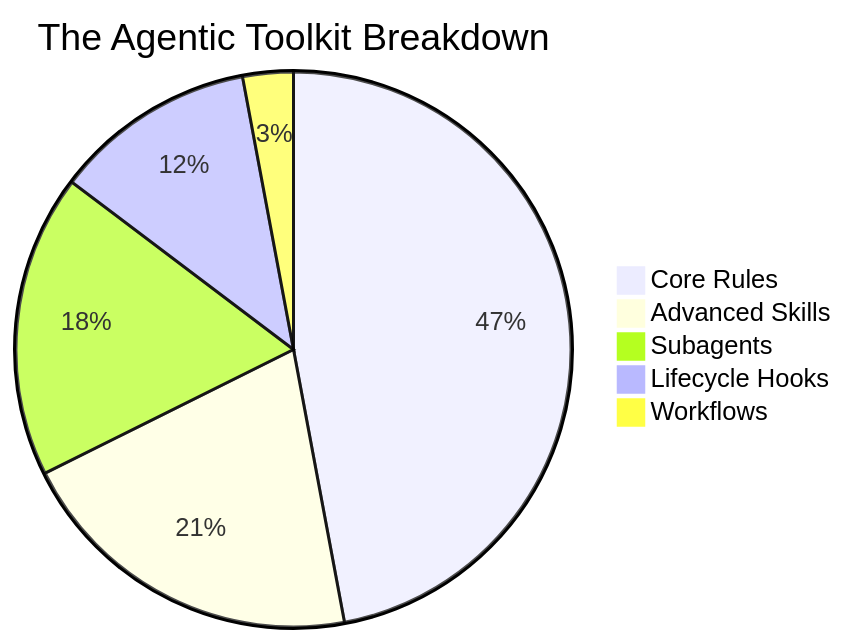
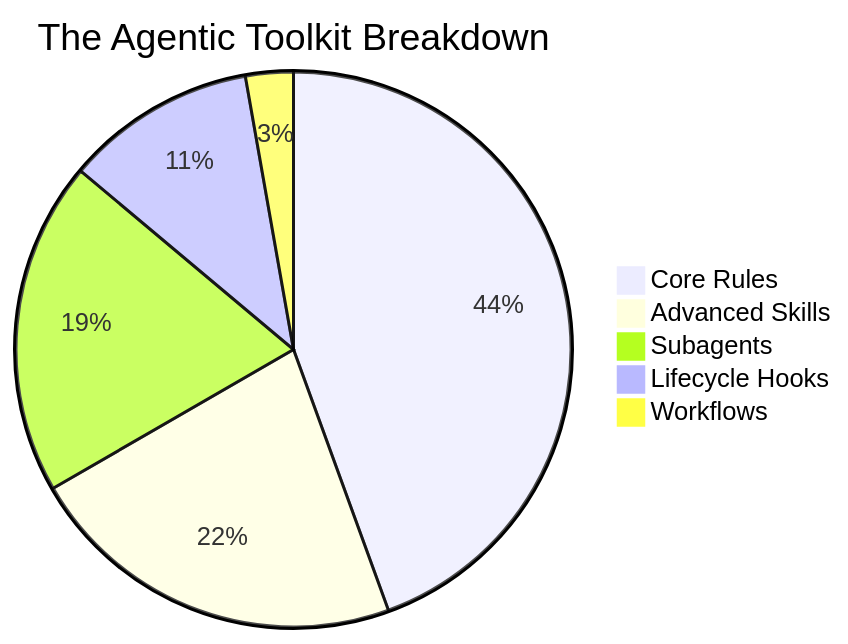
Before and after one commit to FlameBLIZZard/better-agents: the diagram in README.md, drawn with Mermaid. The commit also changed other lines of this file and 3 other files, not shown here.

````diff
--- a/README.md
+++ b/README.md
@@ -77,8 +80,8 @@
 ```mermaid
 pie title The Agentic Toolkit Breakdown
     "Core Rules" : 16
-    "Advanced Skills" : 7
-    "Subagents" : 6
+    "Advanced Skills" : 8
+    "Subagents" : 7
     "Lifecycle Hooks" : 4
     "Workflows" : 1
 ```
````
